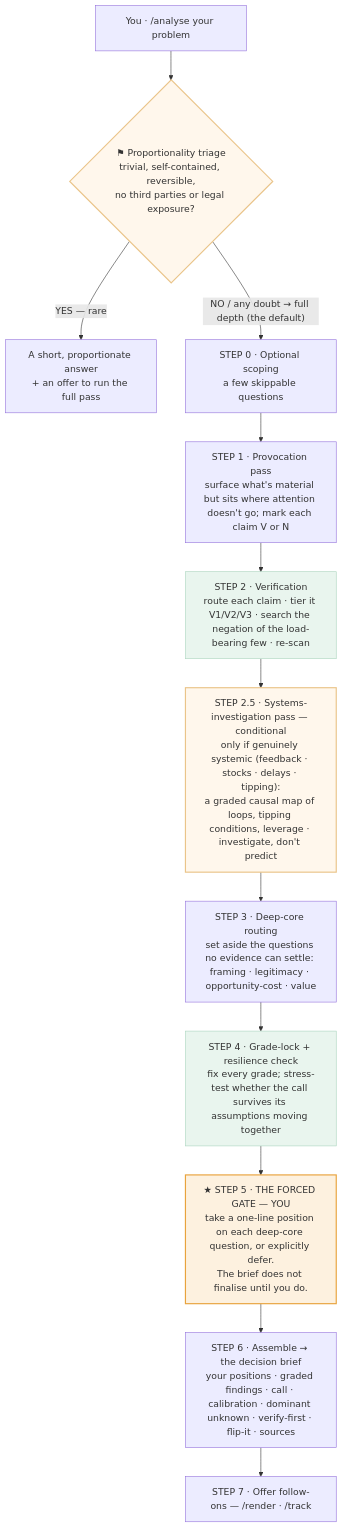
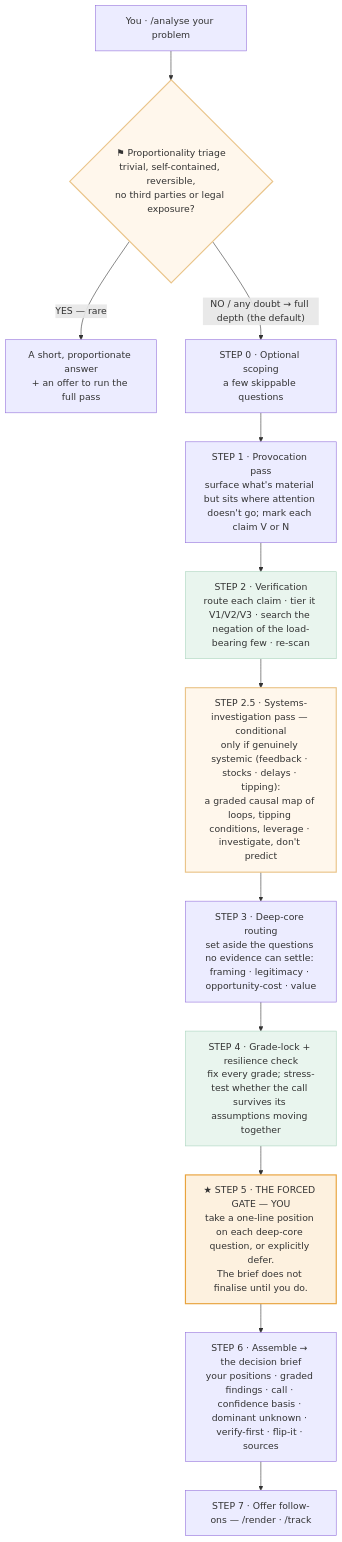
Before and after one commit to ComplexAR/Insight-Engine: the second of 2 diagrams in docs/User-Operating-Guide.md, drawn with Mermaid. The commit also changed other lines of this file and 10 other files, not shown here.

````diff
--- a/docs/User-Operating-Guide.md
+++ b/docs/User-Operating-Guide.md
@@ -76,22 +76,22 @@
 ```mermaid
 flowchart TD
     U["You · /analyse your problem"] --> T{"⚑ Proportionality triage<br/>trivial, self-contained, reversible,<br/>no third parties or legal exposure?"}
     T -->|"YES — rare"| SH["A short, proportionate answer<br/>+ an offer to run the full pass"]
     T -->|"NO / any doubt → full depth (the default)"| S0["STEP 0 · Optional scoping<br/>a few skippable questions"]
     S0 --> S1["STEP 1 · Provocation pass<br/>surface what's material but sits where attention doesn't go; mark each claim V or N"]
     S1 --> S2["STEP 2 · Verification<br/>route each claim · tier it V1/V2/V3 · search the negation of the load-bearing few · re-scan"]
     S2 --> S25["STEP 2.5 · Systems-investigation pass — conditional<br/>only if genuinely systemic (feedback · stocks · delays · tipping):<br/>a graded causal map of loops, tipping conditions, leverage · investigate, don't predict"]
     S25 --> S3["STEP 3 · Deep-core routing<br/>set aside the questions no evidence can settle: framing · legitimacy · opportunity-cost · value"]
     S3 --> S4["STEP 4 · Grade-lock + resilience check<br/>fix every grade; stress-test whether the call survives its assumptions moving together"]
     S4 --> G["★ STEP 5 · THE FORCED GATE — YOU<br/>take a one-line position on each deep-core question, or explicitly defer.<br/>The brief does not finalise until you do."]
-    G --> S6["STEP 6 · Assemble → the decision brief<br/>your positions · graded findings · call · calibration · dominant unknown · verify-first · flip-it · sources"]
+    G --> S6["STEP 6 · Assemble → the decision brief<br/>your positions · graded findings · call · confidence basis · dominant unknown · verify-first · flip-it · sources"]
     S6 --> S7["STEP 7 · Offer follow-ons — /render · /track"]
     classDef gate fill:#fdf1df,stroke:#e8a33d,stroke-width:2px;
     classDef cond fill:#fff7ec,stroke:#eac489,stroke-width:2px;
     classDef green fill:#e9f5ee,stroke:#a9d4bd;
     class G gate;
     class T cond;
     class S25 cond;
     class S2 green;
     class S4 green;
 ```
````
